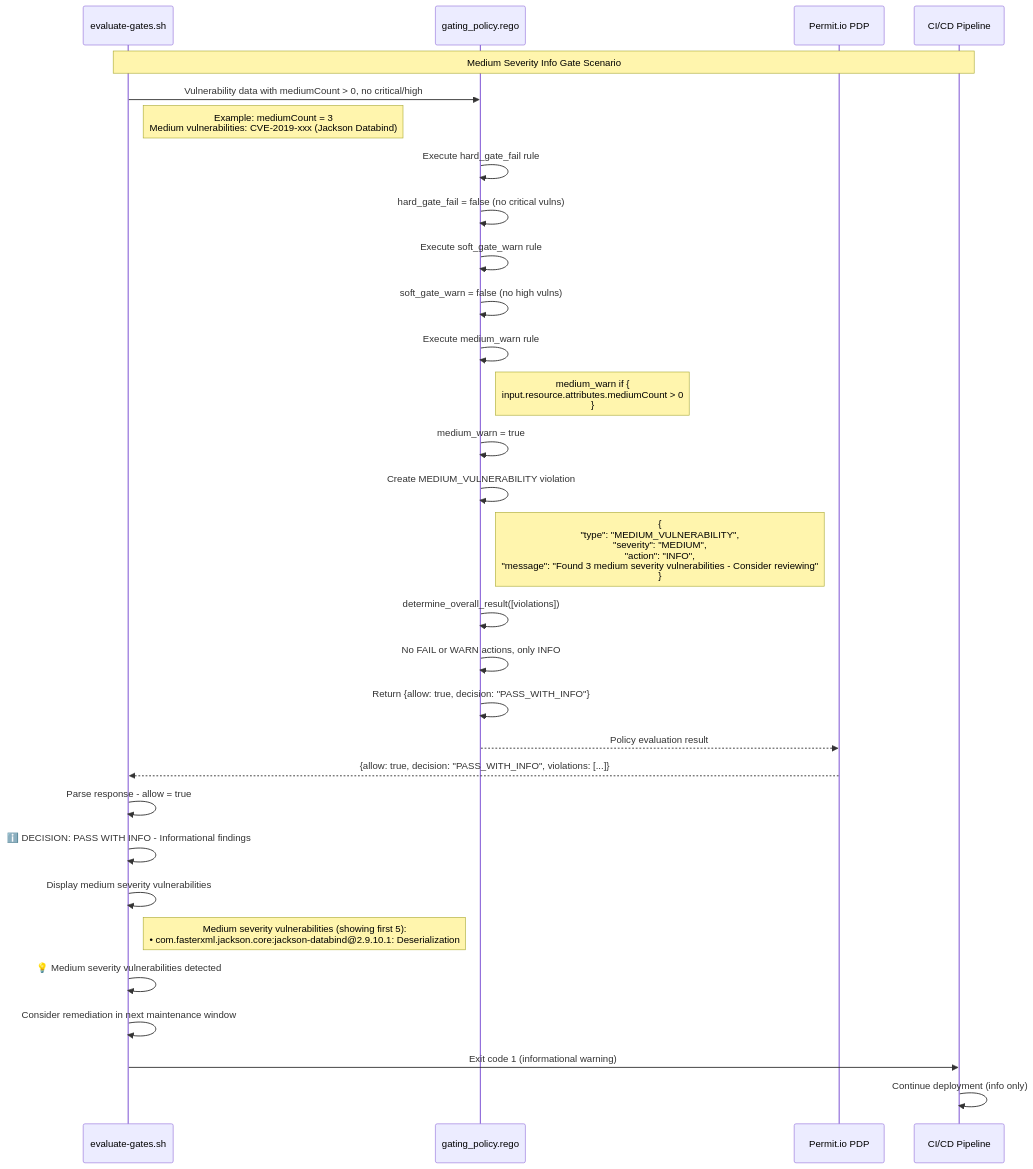
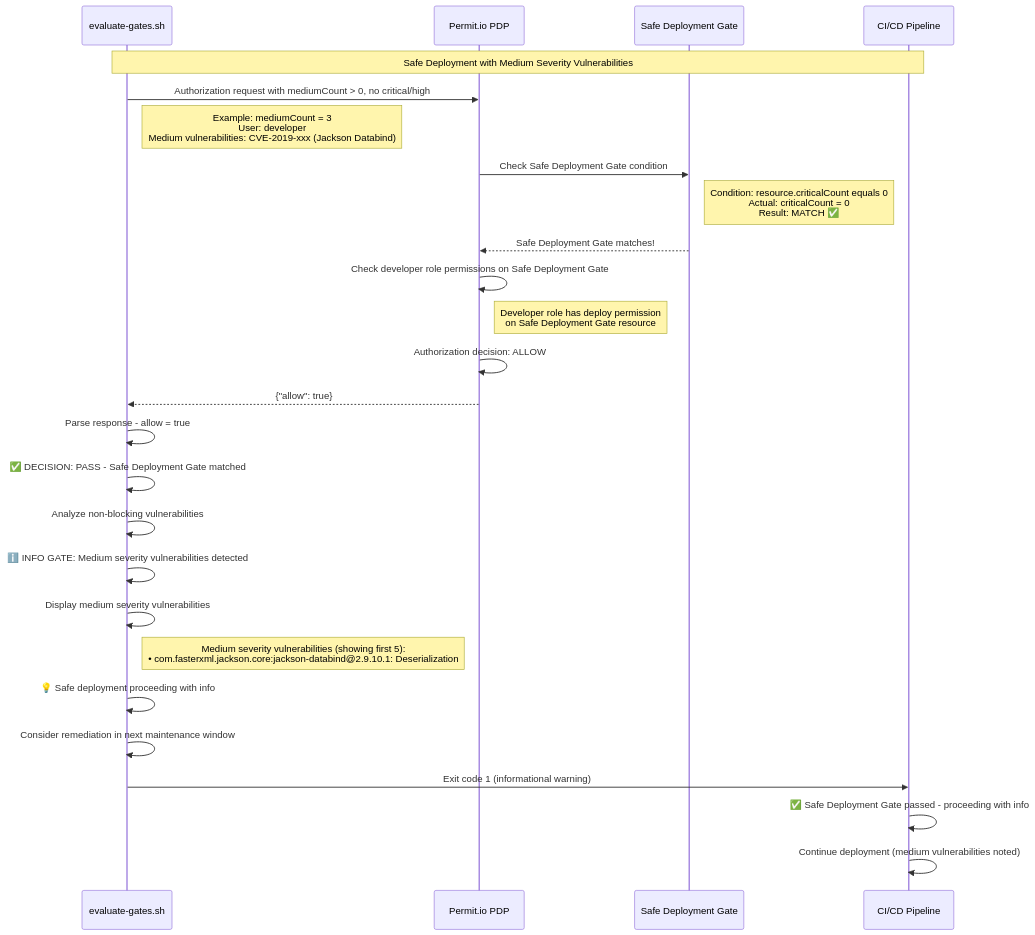
Before and after one commit to AndreaRamirez17/POC_bckup: the fifth of 7 diagrams in permit-gating/docs/diagrams/gate-decision-matrix.md, drawn with Mermaid. The commit also changed other lines of this file and 11 other files, not shown here.

First line of the commit message:
Implement Safe Deployment Gate with dynamic role assignment and optimized architecture

````diff
--- a/permit-gating/docs/diagrams/gate-decision-matrix.md
+++ b/permit-gating/docs/diagrams/gate-decision-matrix.md
@@ -192,43 +188,36 @@
 ```mermaid
 sequenceDiagram
     participant Script as evaluate-gates.sh
-    participant Policy as gating_policy.rego
     participant PDP as Permit.io PDP
+    participant ResourceSet as Safe Deployment Gate
     participant Pipeline as CI/CD Pipeline
 
-    Note over Script, Pipeline: Medium Severity Info Gate Scenario
+    Note over Script, Pipeline: Safe Deployment with Medium Severity Vulnerabilities
 
-    Script->>Policy: Vulnerability data with mediumCount > 0, no critical/high
-    Note right of Script: Example: mediumCount = 3<br/>Medium vulnerabilities: CVE-2019-xxx (Jackson Databind)
+    Script->>PDP: Authorization request with mediumCount > 0, no critical/high
+    Note right of Script: Example: mediumCount = 3<br/>User: developer<br/>Medium vulnerabilities: CVE-2019-xxx (Jackson Databind)
 
-    Policy->>Policy: Execute hard_gate_fail rule
-    Policy->>Policy: hard_gate_fail = false (no critical vulns)
+    PDP->>ResourceSet: Check Safe Deployment Gate condition
+    Note right of ResourceSet: Condition: resource.criticalCount equals 0<br/>Actual: criticalCount = 0<br/>Result: MATCH ✅
 
-    Policy->>Policy: Execute soft_gate_warn rule
-    Policy->>Policy: soft_gate_warn = false (no high vulns)
+    ResourceSet-->>PDP: Safe Deployment Gate matches!
+    PDP->>PDP: Check developer role permissions on Safe Deployment Gate
+    Note right of PDP: Developer role has deploy permission<br/>on Safe Deployment Gate resource
 
-    Policy->>Policy: Execute medium_warn rule
-    Note right of Policy: medium_warn if {<br/>    input.resource.attributes.mediumCount > 0<br/>}
-
-    Policy->>Policy: medium_warn = true
-    Policy->>Policy: Create MEDIUM_VULNERABILITY violation
-    Note right of Policy: {<br/>  "type": "MEDIUM_VULNERABILITY",<br/>  "severity": "MEDIUM",<br/>  "action": "INFO",<br/>  "message": "Found 3 medium severity vulnerabilities - Consider reviewing"<br/>}
-
-    Policy->>Policy: determine_overall_result([violations])
-    Policy->>Policy: No FAIL or WARN actions, only INFO
-    Policy->>Policy: Return {allow: true, decision: "PASS_WITH_INFO"}
-
-    Policy-->>PDP: Policy evaluation result
-    PDP-->>Script: {allow: true, decision: "PASS_WITH_INFO", violations: [...]}
+    PDP->>PDP: Authorization decision: ALLOW
+    PDP-->>Script: {"allow": true}
 
     Script->>Script: Parse response - allow = true
-    Script->>Script: ℹ️ DECISION: PASS WITH INFO - Informational findings
+    Script->>Script: ✅ DECISION: PASS - Safe Deployment Gate matched
+    Script->>Script: Analyze non-blocking vulnerabilities
+    Script->>Script: ℹ️ INFO GATE: Medium severity vulnerabilities detected
     Script->>Script: Display medium severity vulnerabilities
     Note right of Script: Medium severity vulnerabilities (showing first 5):<br/>  • com.fasterxml.jackson.core:jackson-databind@2.9.10.1: Deserialization
 
-    Script->>Script: 💡 Medium severity vulnerabilities detected
+    Script->>Script: 💡 Safe deployment proceeding with info
     Script->>Script: Consider remediation in next maintenance window
 
     Script->>Pipeline: Exit code 1 (informational warning)
-    Pipeline->>Pipeline: Continue deployment (info only)
+    Pipeline->>Pipeline: ✅ Safe Deployment Gate passed - proceeding with info
+    Pipeline->>Pipeline: Continue deployment (medium vulnerabilities noted)
 ```
````
